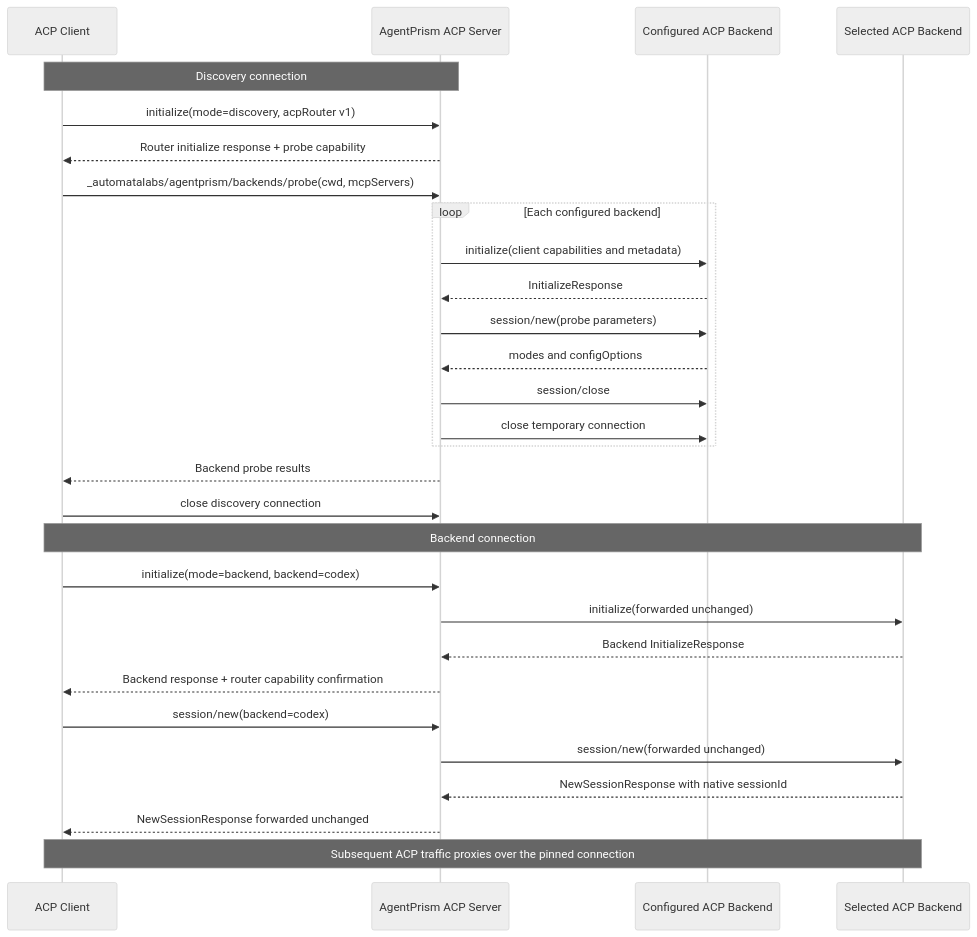
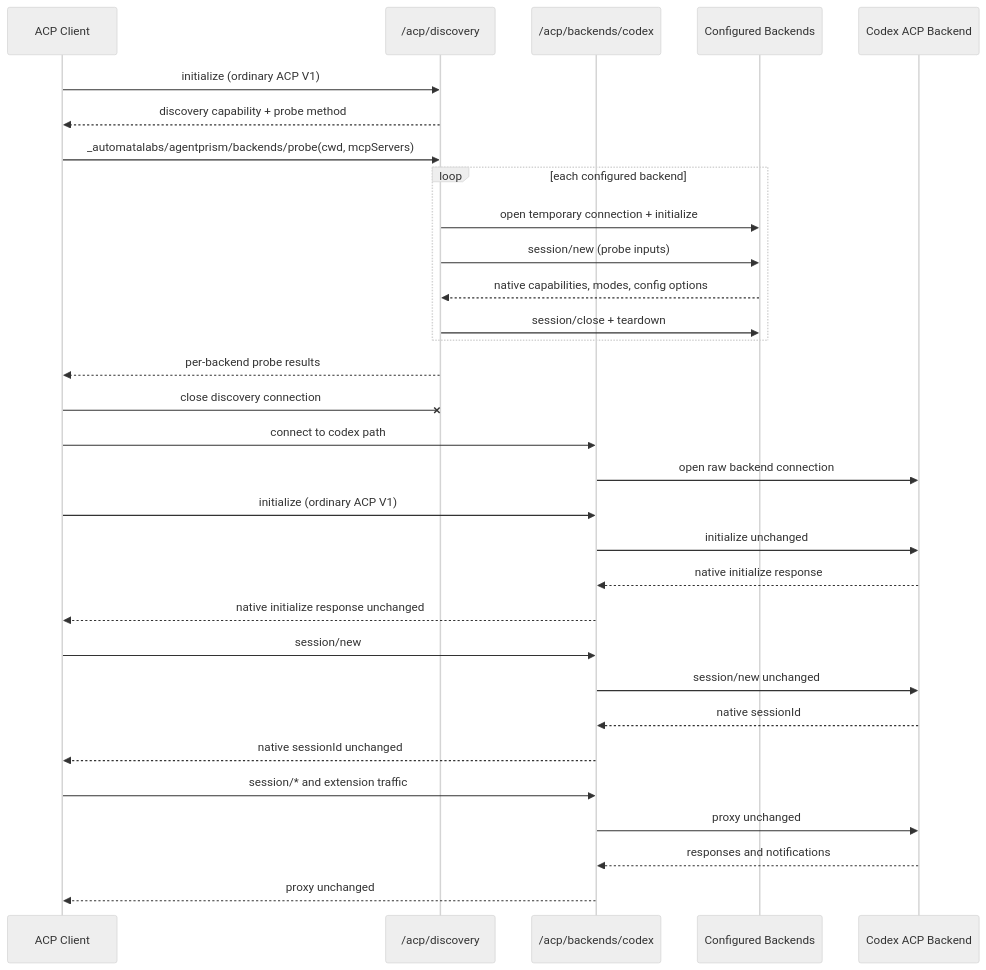
One commit to agentprism/agentprism-workflows changed the diagram in docs/roadmap/acp-server.md. Above: the diagram before and after it, drawn with Mermaid (neutral theme). The commit also changed other lines of this file and 21 other files, not shown here.

Commit message:
refactor(acp-server): select backends at transport boundary

````diff
--- a/docs/roadmap/acp-server.md
+++ b/docs/roadmap/acp-server.md
@@ -74,33 +111,35 @@
 ```mermaid
 sequenceDiagram
     participant Client as ACP Client
-    participant Router as AgentPrism ACP Server
-    participant Probe as Configured ACP Backend
-    participant Backend as Selected ACP Backend
+    participant Discovery as /acp/discovery
+    participant Route as /acp/backends/codex
+    participant Probe as Configured Backends
+    participant Codex as Codex ACP Backend
 
-    Note over Client,Router: Discovery connection
-    Client->>Router: initialize(mode=discovery, acpRouter v1)
-    Router-->>Client: Router initialize response + probe capability
-    Client->>Router: _automatalabs/agentprism/backends/probe(cwd, mcpServers)
-    loop Each configured backend
-        Router->>Probe: initialize(client capabilities and metadata)
-        Probe-->>Router: InitializeResponse
-        Router->>Probe: session/new(probe parameters)
-        Probe-->>Router: modes and configOptions
-        Router->>Probe: session/close
-        Router->>Probe: close temporary connection
+    Client->>Discovery: initialize (ordinary ACP V1)
+    Discovery-->>Client: discovery capability + probe method
+    Client->>Discovery: _automatalabs/agentprism/backends/probe(cwd, mcpServers)
+    loop each configured backend
+        Discovery->>Probe: open temporary connection + initialize
+        Discovery->>Probe: session/new (probe inputs)
+        Probe-->>Discovery: native capabilities, modes, config options
+        Discovery->>Probe: session/close + teardown
     end
-    Router-->>Client: Backend probe results
-    Client->>Router: close discovery connection
+    Discovery-->>Client: per-backend probe results
+    Client-xDiscovery: close discovery connection
 
-    Note over Client,Backend: Backend connection
-    Client->>Router: initialize(mode=backend, backend=codex)
-    Router->>Backend: initialize(forwarded unchanged)
-    Backend-->>Router: Backend InitializeResponse
-    Router-->>Client: Backend response + router capability confirmation
-    Client->>Router: session/new(backend=codex)
-    Router->>Backend: session/new(forwarded unchanged)
-    Backend-->>Router: NewSessionResponse with native sessionId
-    Router-->>Client: NewSessionResponse forwarded unchanged
-    Note over Client,Backend: Subsequent ACP traffic proxies over the pinned connection
+    Client->>Route: connect to codex path
+    Route->>Codex: open raw backend connection
+    Client->>Route: initialize (ordinary ACP V1)
+    Route->>Codex: initialize unchanged
+    Codex-->>Route: native initialize response
+    Route-->>Client: native initialize response unchanged
+    Client->>Route: session/new
+    Route->>Codex: session/new unchanged
+    Codex-->>Route: native sessionId
+    Route-->>Client: native sessionId unchanged
+    Client->>Route: session/* and extension traffic
+    Route->>Codex: proxy unchanged
+    Codex-->>Route: responses and notifications
+    Route-->>Client: proxy unchanged
 ```
````
